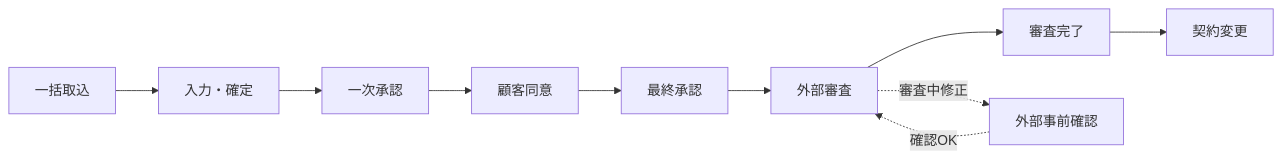
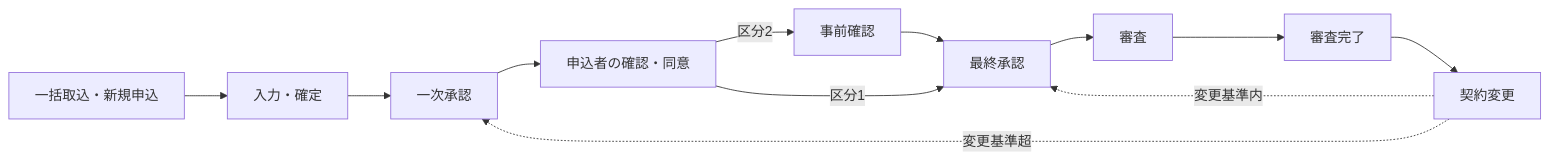
One commit to yasudaProduct/JavaServletSample2 changed the diagram in README.md. Above: the diagram before and after it, drawn with Mermaid. The commit also changed other lines of this file and 26 other files, not shown here.

````diff
--- a/README.md
+++ b/README.md
@@ -36,12 +36,14 @@
 ```mermaid
 flowchart LR
-    A[一括取込] --> B[入力・確定]
+    A[一括取込・新規申込] --> B[入力・確定]
     B --> C[一次承認]
-    C --> D[顧客同意]
-    D --> E[最終承認]
-    E --> F[外部審査]
+    C --> D[申込者の確認・同意]
+    D -- 区分2 --> I[事前確認]
+    I --> E[最終承認]
+    D -- 区分1 --> E
+    E --> F[審査]
     F --> G[審査完了]
     G --> H[契約変更]
-    F -. 審査中修正 .-> I[外部事前確認]
-    I -. 確認OK .-> F
+    H -. 変更基準超 .-> C
+    H -. 変更基準内 .-> E
 ```
````
